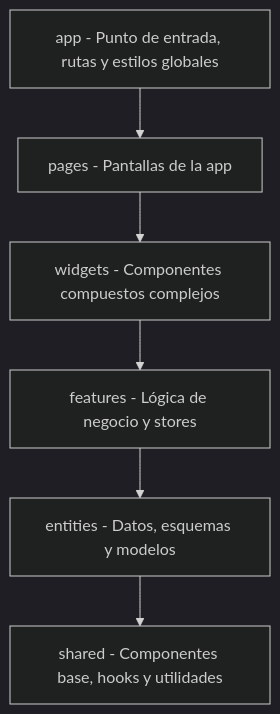
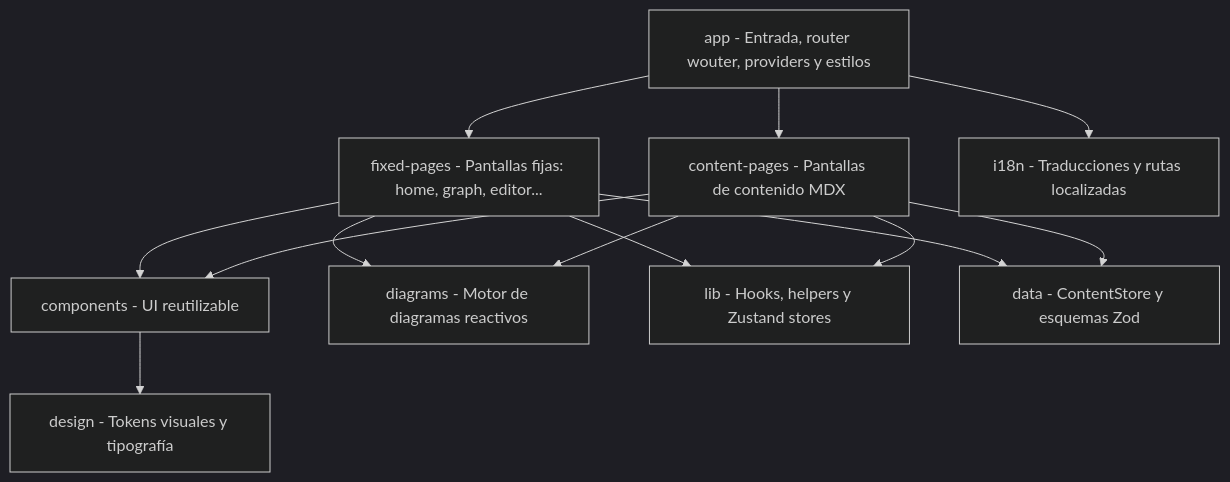
Before and after one commit to izaro-c/Matematika: the diagram in docs/architecture/fsd-design.md, drawn with Mermaid (dark theme). The commit also changed other lines of this file and 10 other files, not shown here.

````diff
--- a/docs/architecture/fsd-design.md
+++ b/docs/architecture/fsd-design.md
@@ -11,8 +14,15 @@
 ```mermaid
 graph TD
-    App[app - Punto de entrada, rutas y estilos globales] --> Pages[pages - Pantallas de la app]
-    Pages --> Widgets[widgets - Componentes compuestos complejos]
-    Widgets --> Features[features - Lógica de negocio y stores]
-    Features --> Entities[entities - Datos, esquemas y modelos]
-    Entities --> Shared[shared - Componentes base, hooks y utilidades]
+    App[app - Entrada, router wouter, providers y estilos] --> FixedPages[fixed-pages - Pantallas fijas: home, graph, editor...]
+    App --> ContentPages[content-pages - Pantallas de contenido MDX]
+    FixedPages --> Components[components - UI reutilizable]
+    ContentPages --> Components
+    FixedPages --> Diagrams[diagrams - Motor de diagramas reactivos]
+    ContentPages --> Diagrams
+    Components --> Design[design - Tokens visuales y tipografía]
+    FixedPages --> Lib[lib - Hooks, helpers y Zustand stores]
+    ContentPages --> Lib
+    FixedPages --> Data[data - ContentStore y esquemas Zod]
+    ContentPages --> Data
+    App --> I18n[i18n - Traducciones y rutas localizadas]
 ```
````
